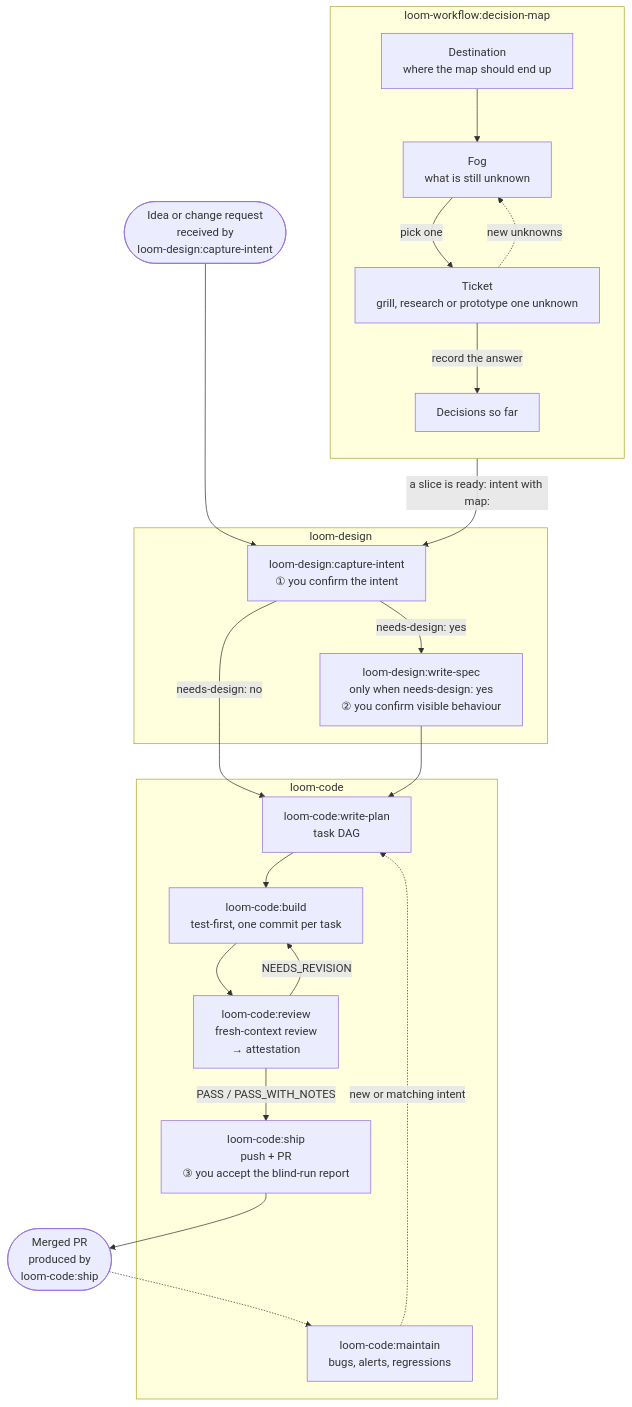
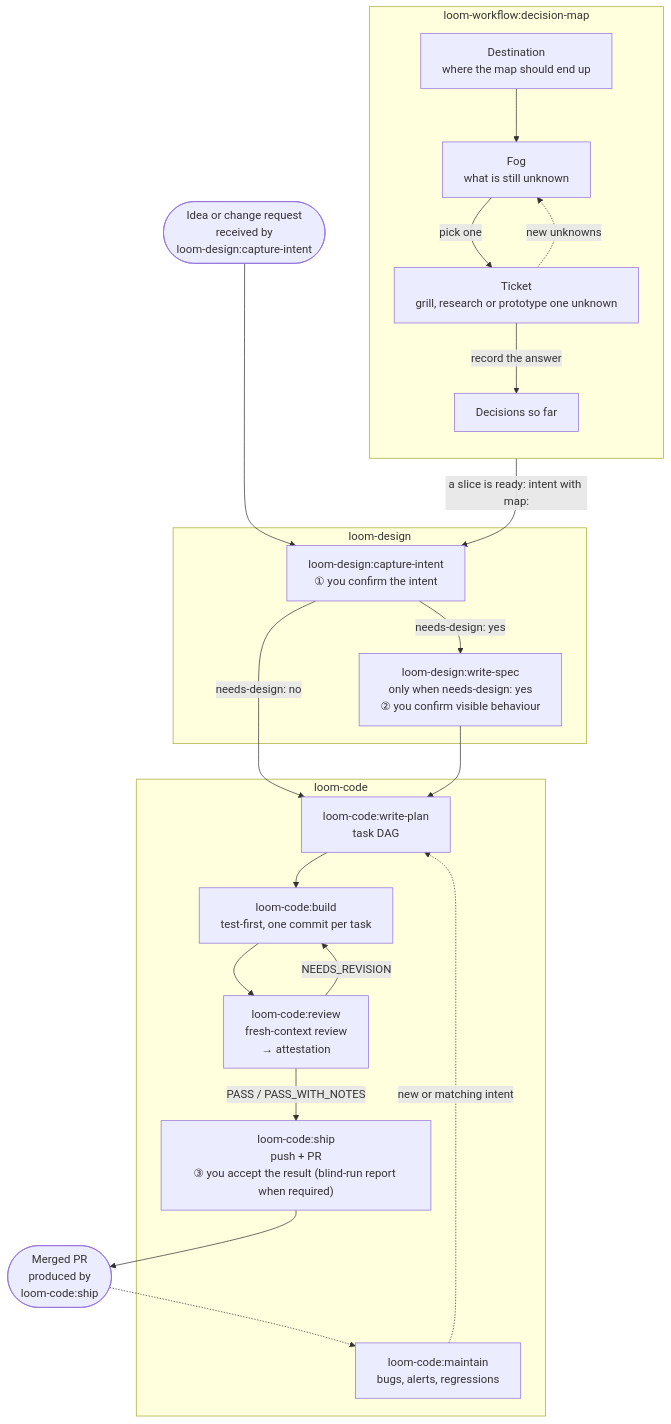
Before and after one commit to kouko/loom-plugins: the diagram in README.md, drawn with Mermaid. The commit also changed other lines of this file, not shown here.

````diff
--- a/README.md
+++ b/README.md
@@ -25,46 +25,46 @@
 ```mermaid
 %%{init: {"flowchart": {"wrappingWidth": 320}}}%%
 flowchart TD
     idea(["Idea or change request<br/>received by<br/>loom-design:capture-intent"])
 
     subgraph dm["loom-workflow:decision-map"]
         direction TB
         dest["Destination<br/>where the map should end up"]
         fog["Fog<br/>what is still unknown"]
         ticket["Ticket<br/>grill, research or prototype one unknown"]
         log["Decisions so far"]
     end
 
     subgraph design["loom-design"]
         intent["loom-design:capture-intent<br/>① you confirm the intent"]
         spec["loom-design:write-spec<br/>only when needs-design: yes<br/>② you confirm visible behaviour"]
     end
 
     subgraph code["loom-code"]
         plan["loom-code:write-plan<br/>task DAG"]
         build["loom-code:build<br/>test-first, one commit per task"]
         review["loom-code:review<br/>fresh-context review<br/>→ attestation"]
-        ship["loom-code:ship<br/>push + PR<br/>③ you accept the blind-run report"]
+        ship["loom-code:ship<br/>push + PR<br/>③ you accept the result (blind-run report when required)"]
         maintain["loom-code:maintain<br/>bugs, alerts, regressions"]
     end
 
     merged(["Merged PR<br/>produced by<br/>loom-code:ship"])
 
     idea --> intent
     intent -->|"needs-design: yes"| spec
     intent -->|"needs-design: no"| plan
     spec --> plan
     plan --> build
     build --> review
     review -->|"NEEDS_REVISION"| build
     review -->|"PASS / PASS_WITH_NOTES"| ship
     ship --> merged
     merged -.-> maintain
     maintain -.->|"new or matching intent"| plan
 
     dest --> fog
     fog -->|"pick one"| ticket
     ticket -->|"record the answer"| log
     ticket -.->|"new unknowns"| fog
     dm -->|"a slice is ready: intent with map:"| intent
 ```
````
